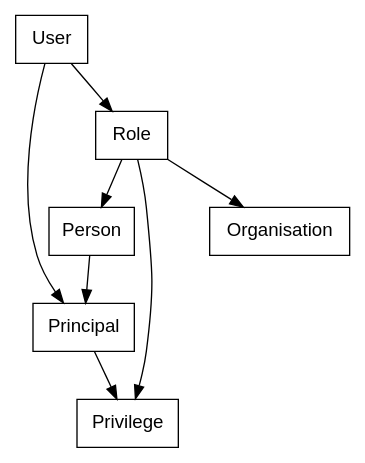
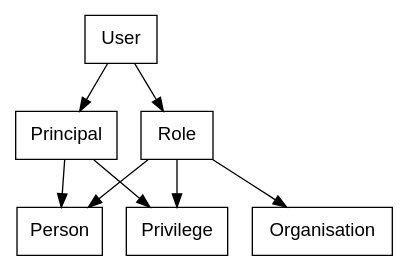
One commit to blaulaub/jback changed the diagram in jback-sec-model/graphviz/classes.dot. Above: the diagram before and after it, drawn with Graphviz. The commit also changed 47 other files, not shown here.

Commit message:
invert the Person-Principal relationship (astonishing great)

```diff
--- a/jback-sec-model/graphviz/classes.dot
+++ b/jback-sec-model/graphviz/classes.dot
@@ -1,12 +1,12 @@
 digraph G {
 
   node [ shape="box", fontname="helvetica" ];
 
   "User" -> "Principal";
   "User" -> "Role";
   "Principal" -> "Privilege";
+  "Principal" -> "Person";
   "Role" -> "Person";
   "Role" -> "Organisation";
   "Role" -> "Privilege";
-  "Person" -> "Principal";
 }
```
